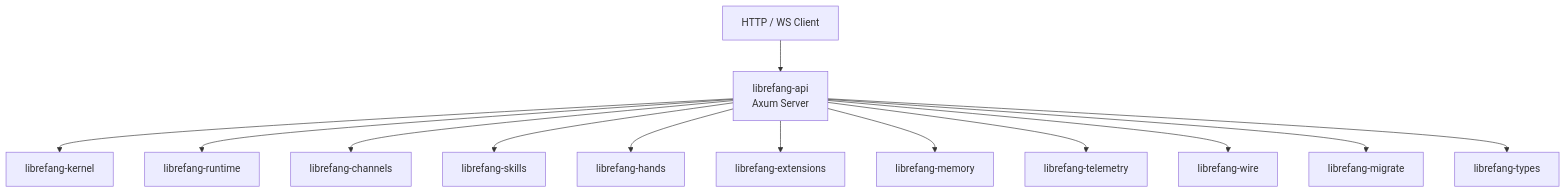
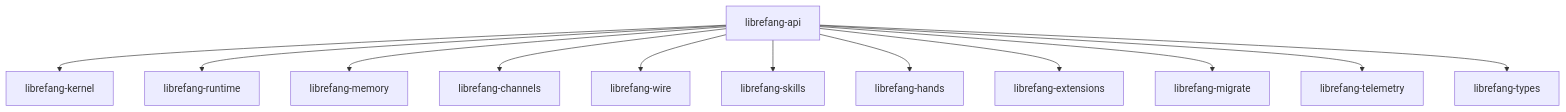
One commit to leszek3737/librefang-WIki changed the diagram in other-librefang-api.md. Above: the diagram before and after it, drawn with Mermaid. The commit also changed other lines of this file and 120 other files, not shown here.

````diff
--- a/other-librefang-api.md
+++ b/other-librefang-api.md
@@ -9,15 +11,14 @@
 ```mermaid
 graph TD
-    Client[HTTP / WS Client] --> API[librefang-api<br/>Axum Server]
-    API --> Kernel[librefang-kernel]
-    API --> Runtime[librefang-runtime]
-    API --> Channels[librefang-channels]
-    API --> Skills[librefang-skills]
-    API --> Hands[librefang-hands]
-    API --> Extensions[librefang-extensions]
-    API --> Memory[librefang-memory]
-    API --> Telemetry[librefang-telemetry]
-    API --> Wire[librefang-wire]
-    API --> Migrate[librefang-migrate]
-    API --> Types[librefang-types]
+    API[librefang-api] --> K[librefang-kernel]
+    API --> RT[librefang-runtime]
+    API --> MEM[librefang-memory]
+    API --> CH[librefang-channels]
+    API --> WIRE[librefang-wire]
+    API --> SK[librefang-skills]
+    API --> HANDS[librefang-hands]
+    API --> EXT[librefang-extensions]
+    API --> MIG[librefang-migrate]
+    API --> TEL[librefang-telemetry]
+    API --> TY[librefang-types]
 ```
````
